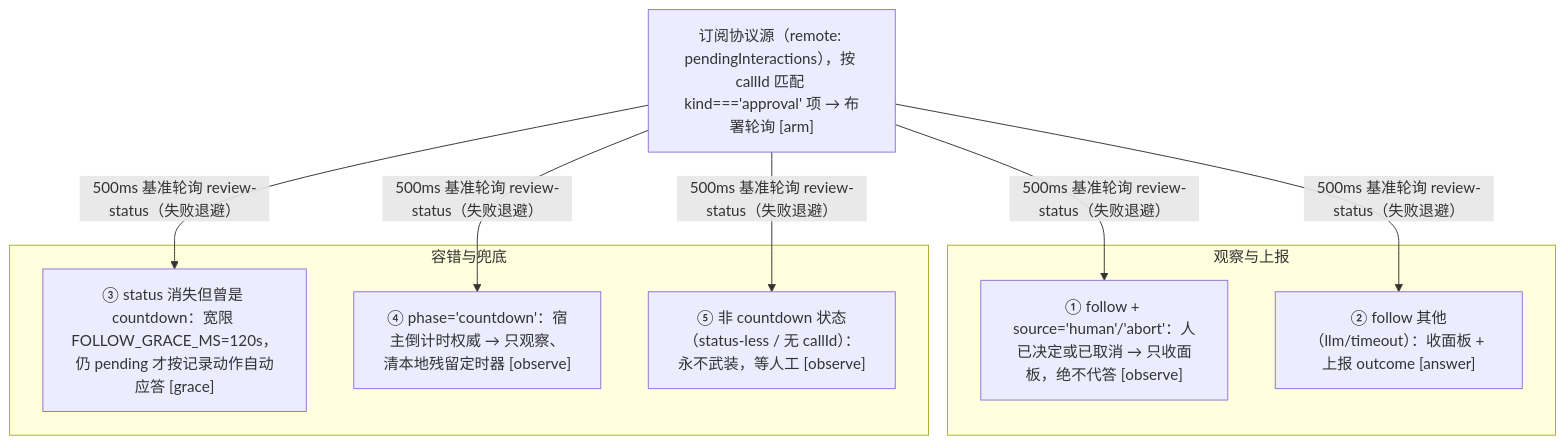
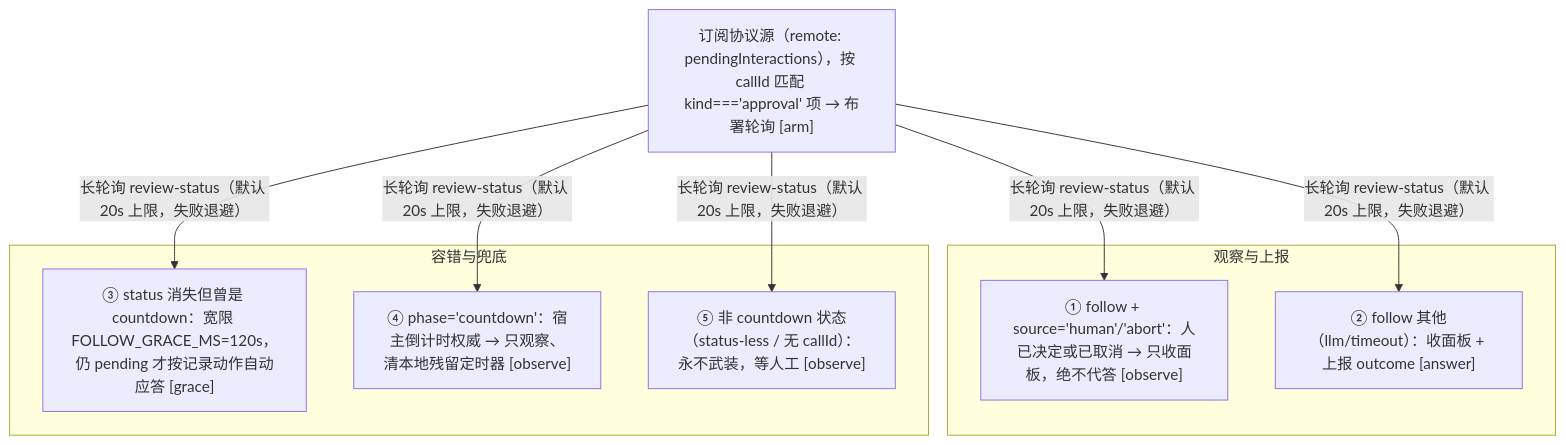
The diagram in docs/10-client-ui.md (cuddly-guacamole/dsh-auto-approval-llm), drawn with Mermaid before and after one commit. The commit also changed other lines of this file and 7 other files, not shown here.

````diff
--- a/docs/10-client-ui.md
+++ b/docs/10-client-ui.md
@@ -24,18 +25,18 @@
 ```mermaid
 flowchart TD
     A["订阅协议源（remote: pendingInteractions），按 callId 匹配 kind==='approval' 项 → 布署轮询 [arm]"]
-    A -->|500ms 基准轮询 review-status（失败退避）| B1["① follow + source='human'/'abort'：人已决定或已取消 → 只收面板，绝不代答 [observe]"]
-    A -->|500ms 基准轮询 review-status（失败退避）| B2["② follow 其他（llm/timeout）：收面板 + 上报 outcome [answer]"]
-    A -->|500ms 基准轮询 review-status（失败退避）| B3["③ status 消失但曾是 countdown：宽限 FOLLOW_GRACE_MS=120s，仍 pending 才按记录动作自动应答 [grace]"]
-    A -->|500ms 基准轮询 review-status（失败退避）| B4["④ phase='countdown'：宿主倒计时权威 → 只观察、清本地残留定时器 [observe]"]
-    A -->|500ms 基准轮询 review-status（失败退避）| B5["⑤ 非 countdown 状态（status-less / 无 callId）：永不武装，等人工 [observe]"]
+    A -->|长轮询 review-status（默认 20s 上限，失败退避）| B1["① follow + source='human'/'abort'：人已决定或已取消 → 只收面板，绝不代答 [observe]"]
+    A -->|长轮询 review-status（默认 20s 上限，失败退避）| B2["② follow 其他（llm/timeout）：收面板 + 上报 outcome [answer]"]
+    A -->|长轮询 review-status（默认 20s 上限，失败退避）| B3["③ status 消失但曾是 countdown：宽限 FOLLOW_GRACE_MS=120s，仍 pending 才按记录动作自动应答 [grace]"]
+    A -->|长轮询 review-status（默认 20s 上限，失败退避）| B4["④ phase='countdown'：宿主倒计时权威 → 只观察、清本地残留定时器 [observe]"]
+    A -->|长轮询 review-status（默认 20s 上限，失败退避）| B5["⑤ 非 countdown 状态（status-less / 无 callId）：永不武装，等人工 [observe]"]
     subgraph GR1["观察与上报"]
         B1
         B2
     end
     subgraph GR2["容错与兜底"]
         B3
         B4
         B5
     end
 ```
````
